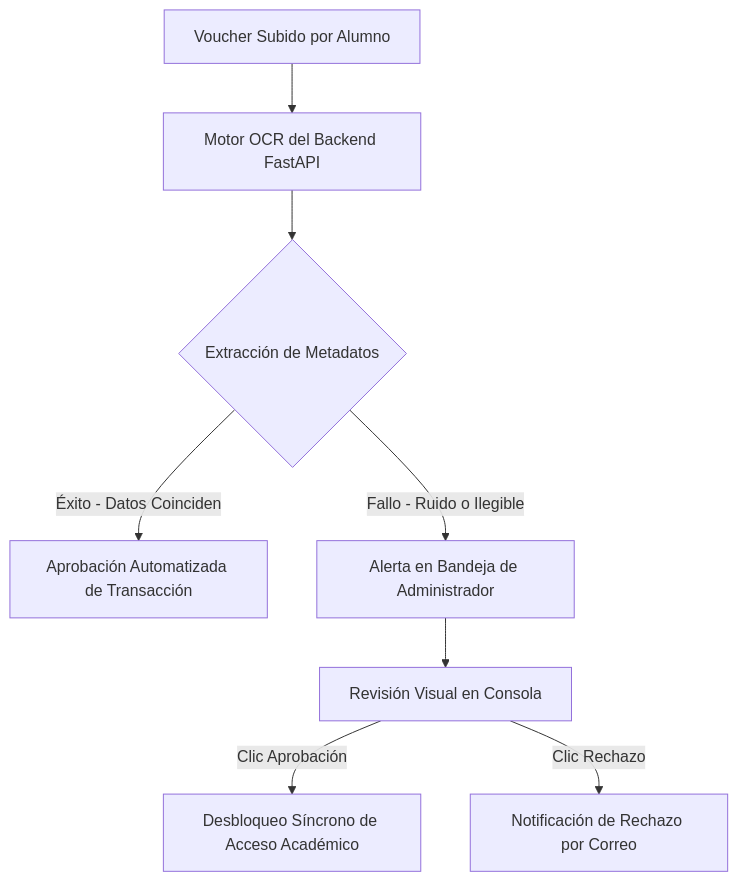
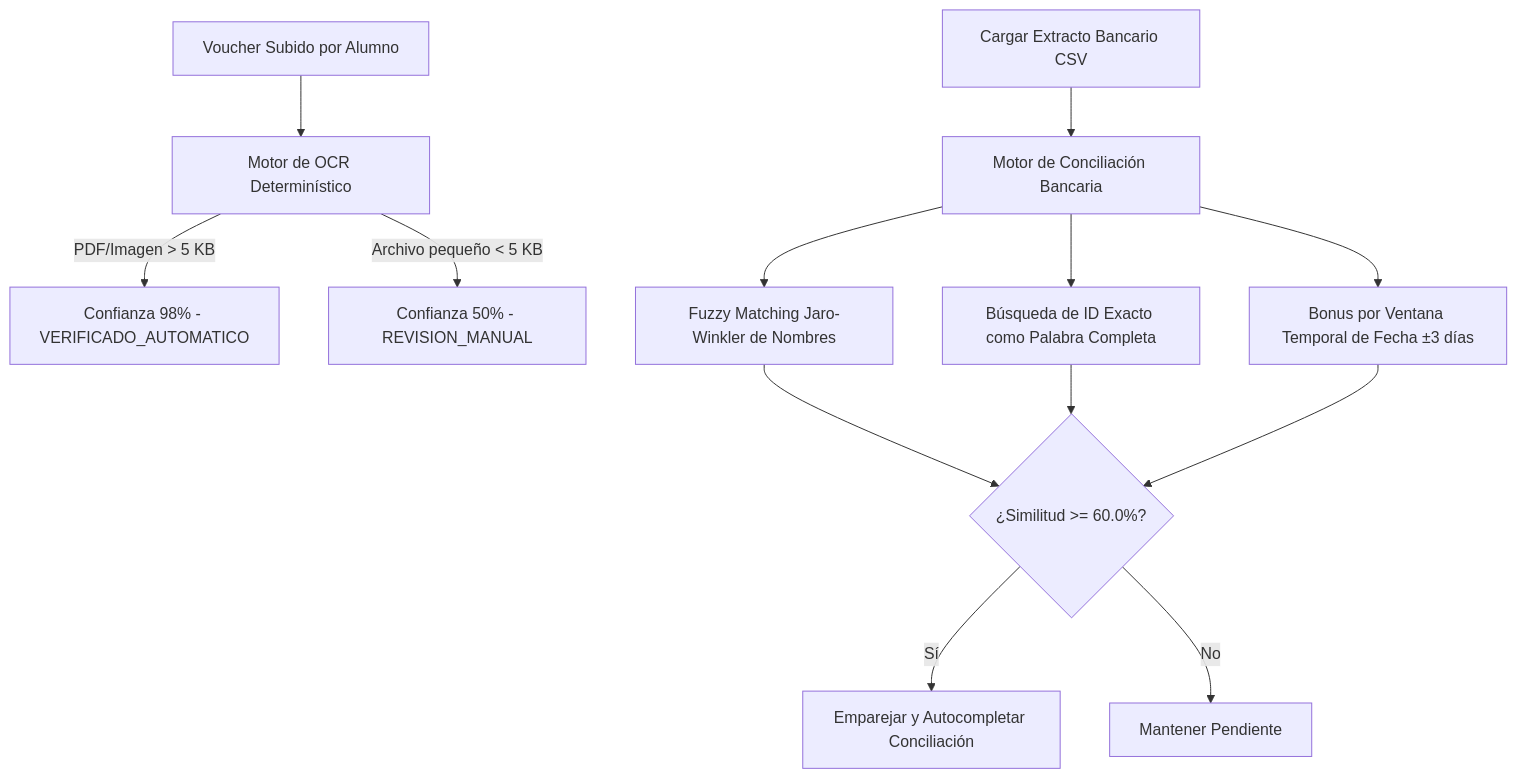
The diagram in website/docs/usuario/05-flujo-administrador.md (TuGfaNat/Plataforma-MEH), drawn with Mermaid before and after one commit. The commit also changed other lines of this file and 84 other files, not shown here.

````diff
--- a/website/docs/usuario/05-flujo-administrador.md
+++ b/website/docs/usuario/05-flujo-administrador.md
@@ -36,10 +36,14 @@
 ```mermaid
 flowchart TD
-    A[Voucher Subido por Alumno] --> B[Motor OCR del Backend FastAPI]
-    B --> C{Extracción de Metadatos}
-    C -->|Éxito - Datos Coinciden| D[Aprobación Automatizada de Transacción]
-    C -->|Fallo - Ruido o Ilegible| E[Alerta en Bandeja de Administrador]
-    E --> F[Revisión Visual en Consola]
-    F -->|Clic Aprobación| G[Desbloqueo Síncrono de Acceso Académico]
-    F -->|Clic Rechazo| H[Notificación de Rechazo por Correo]
+    A[Voucher Subido por Alumno] --> B[Motor de OCR Determinístico]
+    B -->|PDF/Imagen > 5 KB| C[Confianza 98% - VERIFICADO_AUTOMATICO]
+    B -->|Archivo pequeño < 5 KB| D[Confianza 50% - REVISION_MANUAL]
+    
+    E[Cargar Extracto Bancario CSV] --> F[Motor de Conciliación Bancaria]
+    F --> G[Fuzzy Matching Jaro-Winkler de Nombres]
+    F --> H[Búsqueda de ID Exacto como Palabra Completa]
+    F --> I[Bonus por Ventana Temporal de Fecha ±3 días]
+    G & H & I --> J{¿Similitud >= 60.0%?}
+    J -->|Sí| K[Emparejar y Autocompletar Conciliación]
+    J -->|No| L[Mantener Pendiente]
 ```
````
